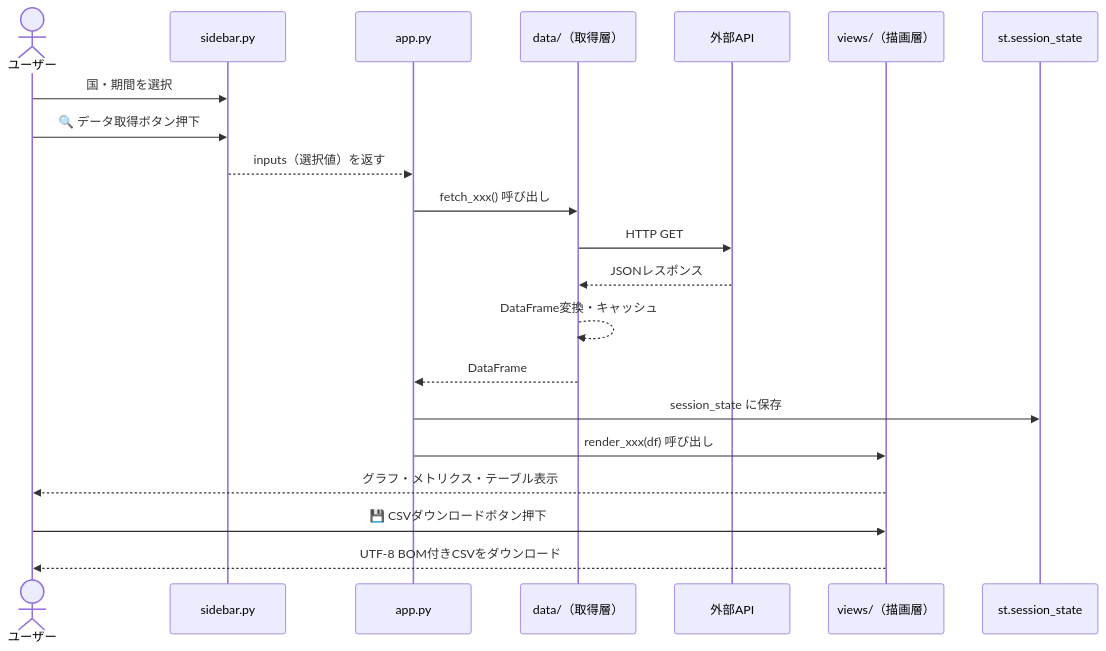
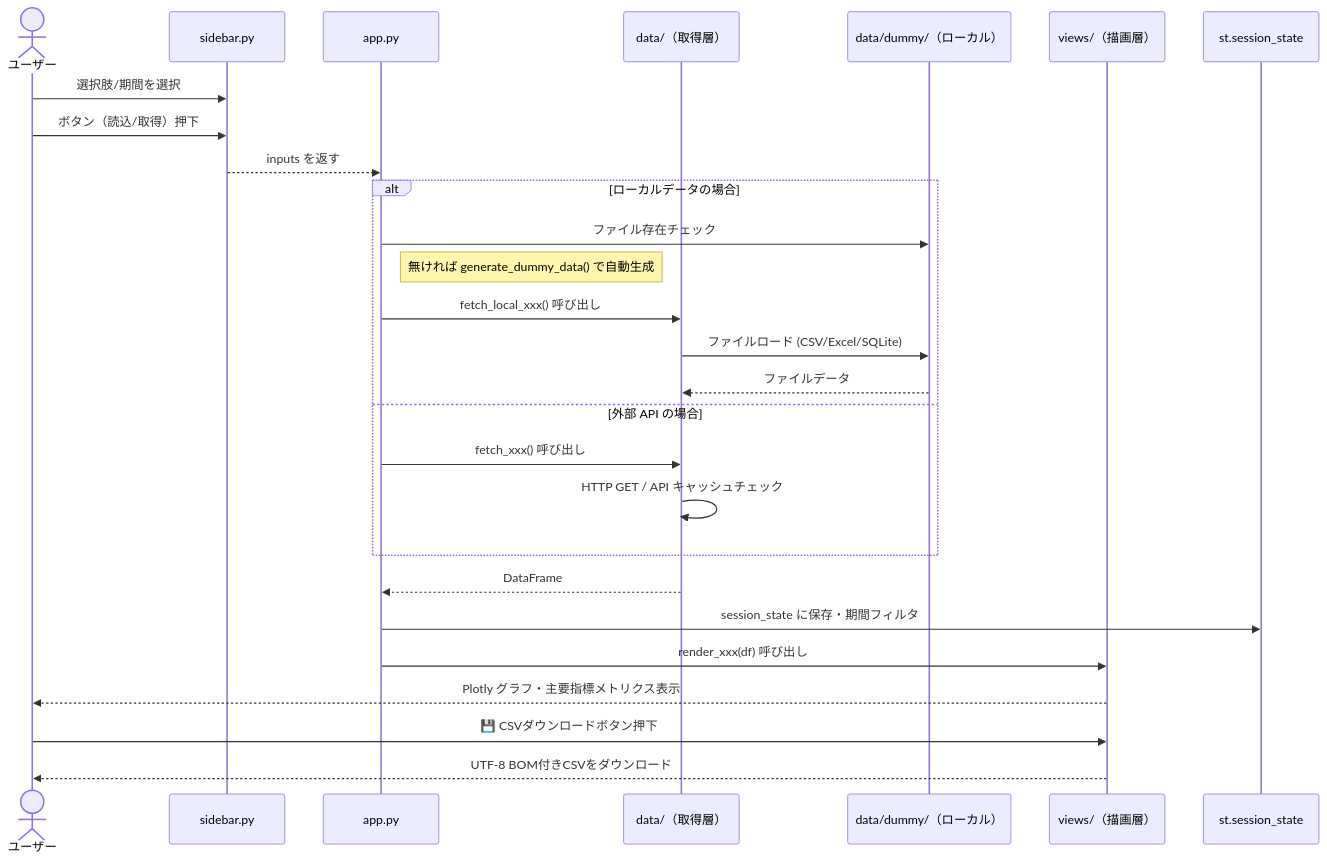
Before and after one commit to Kazu-matu/streamlit-gdp-dashboard: the second of 2 diagrams in docs/spec.md, drawn with Mermaid. The commit also changed other lines of this file and 21 other files, not shown here.

Commit message:
feat: add multi-datasource visualization (CSV, Excel, SQLite) and PyInstaller EXE packaging support

````diff
--- a/docs/spec.md
+++ b/docs/spec.md
@@ -120,24 +166,30 @@
 ```mermaid
 sequenceDiagram
     actor User as ユーザー
     participant SB as sidebar.py
     participant App as app.py
     participant Data as data/（取得層）
-    participant API as 外部API
+    participant Local as data/dummy/（ローカル）
     participant View as views/（描画層）
     participant SS as st.session_state
 
-    User->>SB: 国・期間を選択
-    User->>SB: 🔍 データ取得ボタン押下
-    SB-->>App: inputs（選択値）を返す
-    App->>Data: fetch_xxx() 呼び出し
-    Data->>API: HTTP GET
-    API-->>Data: JSONレスポンス
-    Data-->>Data: DataFrame変換・キャッシュ
+    User->>SB: 選択肢/期間を選択
+    User->>SB: ボタン（読込/取得）押下
+    SB-->>App: inputs を返す
+    alt ローカルデータの場合
+        App->>Local: ファイル存在チェック
+        Note right of App: 無ければ generate_dummy_data() で自動生成
+        App->>Data: fetch_local_xxx() 呼び出し
+        Data->>Local: ファイルロード (CSV/Excel/SQLite)
+        Local-->>Data: ファイルデータ
+    else 外部 API の場合
+        App->>Data: fetch_xxx() 呼び出し
+        Data->>Data: HTTP GET / API キャッシュチェック
+    end
     Data-->>App: DataFrame
-    App->>SS: session_state に保存
+    App->>SS: session_state に保存・期間フィルタ
     App->>View: render_xxx(df) 呼び出し
-    View-->>User: グラフ・メトリクス・テーブル表示
+    View-->>User: Plotly グラフ・主要指標メトリクス表示
     User->>View: 💾 CSVダウンロードボタン押下
     View-->>User: UTF-8 BOM付きCSVをダウンロード
 ```
````
